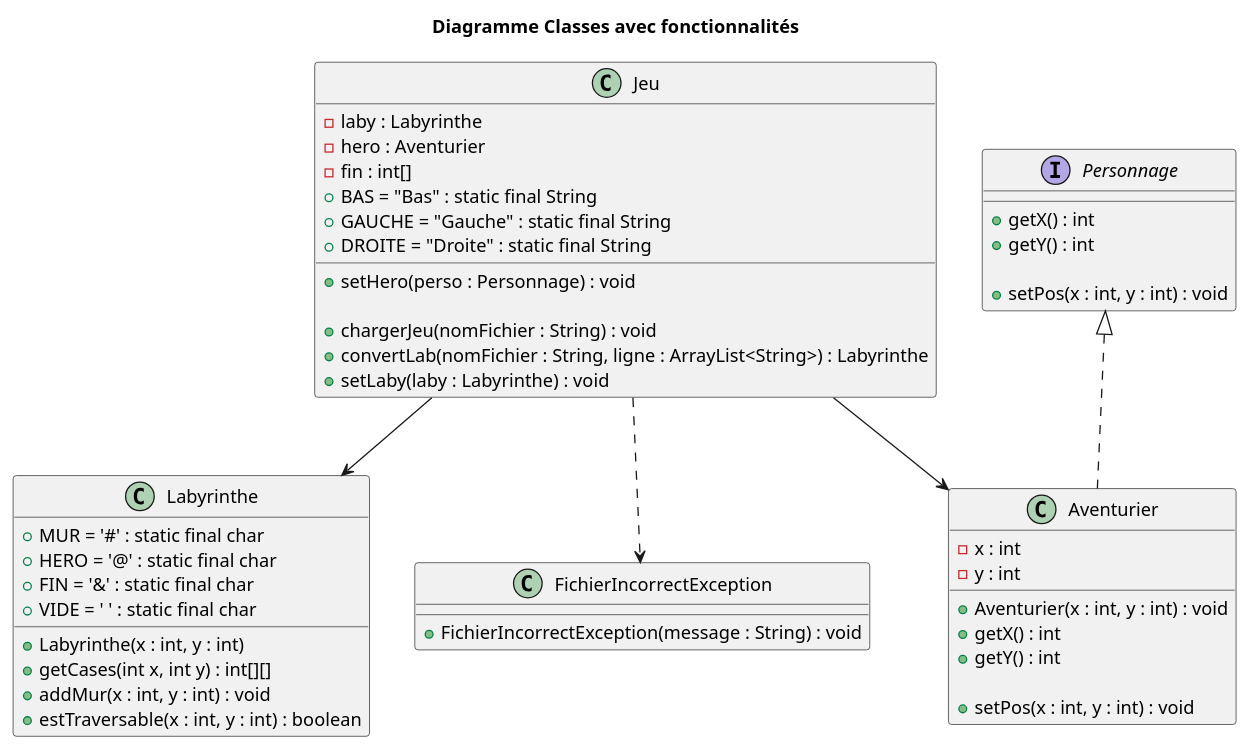
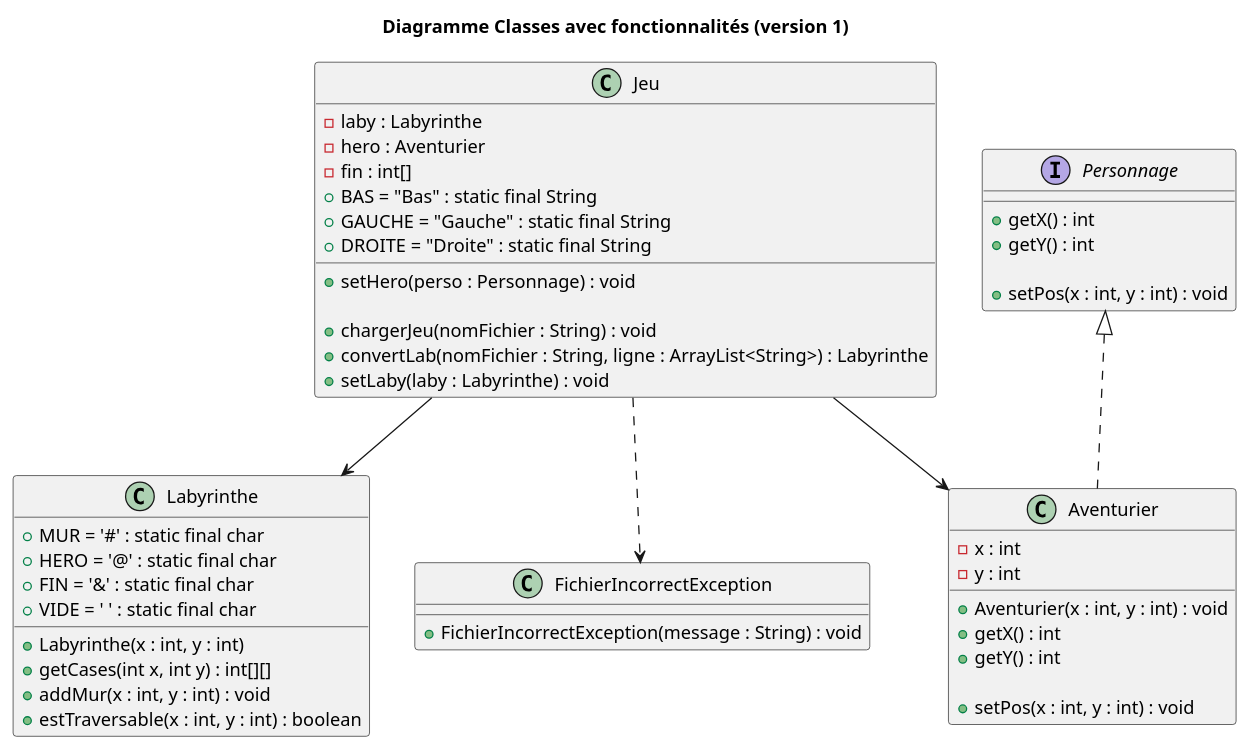
Before and after one commit to lucas-martinati-pro/SAE_S2.01_Zeldiablo-LucasM_JeanLM_PierreGSV: the diagram in documents/version_1/Diagramme Classes avec fonctionnalités.puml, drawn with PlantUML. The commit also changed 5 other files, not shown here.

Commit message:
rename Diagramme

```diff
--- a/documents/version_1/Diagramme Classes avec fonctionnalités.puml
+++ b/documents/version_1/Diagramme Classes avec fonctionnalités.puml
@@ -1,56 +1,56 @@
 @startuml
-title Diagramme Classes avec fonctionnalités
+title Diagramme Classes avec fonctionnalités (version 1)
 
 class Jeu {
     -laby : Labyrinthe
     -hero : Aventurier
     -fin : int[]
     +BAS = "Bas" : static final String
     +GAUCHE = "Gauche" : static final String
     +DROITE = "Droite" : static final String
 
     +setHero(perso : Personnage) : void
 
     +chargerJeu(nomFichier : String) : void
     +convertLab(nomFichier : String, ligne : ArrayList<String>) : Labyrinthe
     +setLaby(laby : Labyrinthe) : void
 }
 
 class Labyrinthe {
     +MUR = '#' : static final char
     +HERO = '@' : static final char
     +FIN = '&' : static final char
     +VIDE = ' ' : static final char
 
     +Labyrinthe(x : int, y : int)
     +getCases(int x, int y) : int[][]
     +addMur(x : int, y : int) : void
     +estTraversable(x : int, y : int) : boolean
 }
 interface Personnage {
     +getX() : int
     +getY() : int
 
     +setPos(x : int, y : int) : void
 }
 
 class Aventurier {
     -x : int
     -y : int
 
     +Aventurier(x : int, y : int) : void
     +getX() : int
     +getY() : int
 
     +setPos(x : int, y : int) : void
 
 }
 class FichierIncorrectException {
     +FichierIncorrectException(message : String) : void
 }
 
 Jeu --> Labyrinthe
 Jeu --> Aventurier
 Personnage <|.. Aventurier
 Jeu ..> FichierIncorrectException
 @enduml
```
